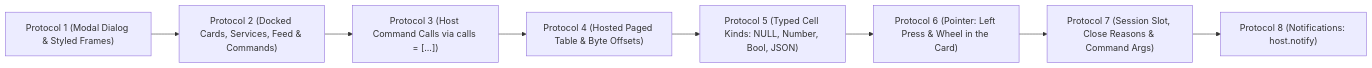
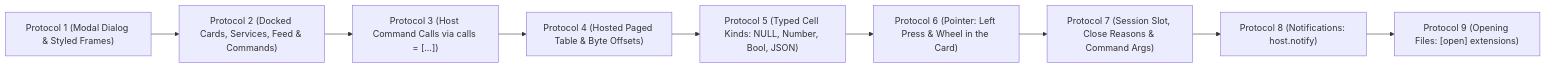
The diagram in docs/reference/15-plugin-architecture-and-registry/plugin-protocols.mmd (yongjohnlee80/autodoc), drawn with Mermaid before and after one commit. The commit also changed 21 other files, not shown here.

```diff
--- a/docs/reference/15-plugin-architecture-and-registry/plugin-protocols.mmd
+++ b/docs/reference/15-plugin-architecture-and-registry/plugin-protocols.mmd
@@ -1,8 +1,9 @@
 flowchart LR
   P1["Protocol 1 (Modal Dialog & Styled Frames)"] --> P2["Protocol 2 (Docked Cards, Services, Feed & Commands)"]
   P2 --> P3["Protocol 3 (Host Command Calls via calls = [...])"]
   P3 --> P4["Protocol 4 (Hosted Paged Table & Byte Offsets)"]
   P4 --> P5["Protocol 5 (Typed Cell Kinds: NULL, Number, Bool, JSON)"]
   P5 --> P6["Protocol 6 (Pointer: Left Press & Wheel in the Card)"]
   P6 --> P7["Protocol 7 (Session Slot, Close Reasons & Command Args)"]
   P7 --> P8["Protocol 8 (Notifications: host.notify)"]
+  P8 --> P9["Protocol 9 (Opening Files: [open] extensions)"]
```
